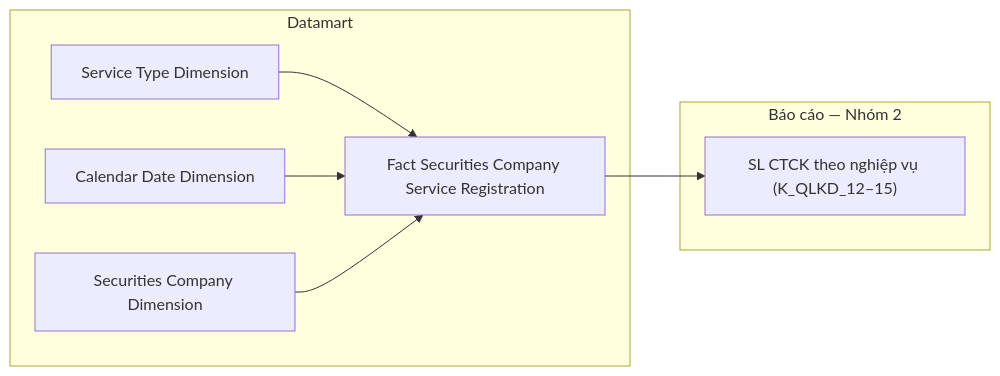
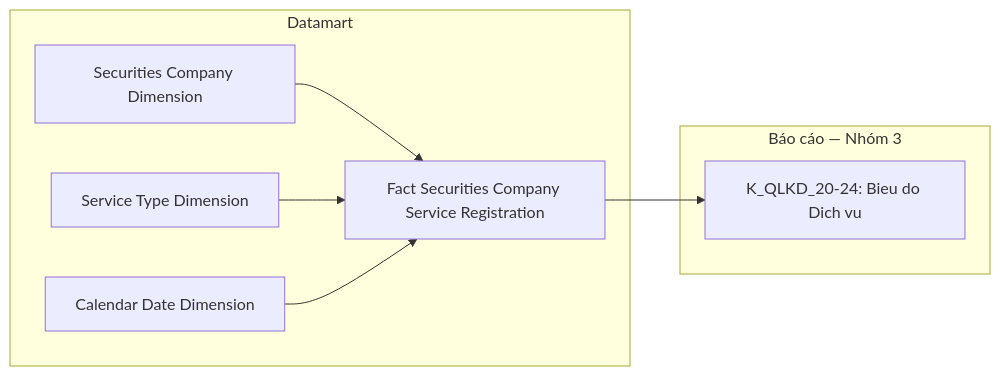
Before and after one commit to linhlvit/ubck_atomic_design: diagram 22 of 30 in Datamart/hld/DTM_QLKD_HLD.md, drawn with Mermaid. The commit also changed other lines of this file and 35 other files, not shown here.

````diff
--- a/Datamart/hld/DTM_QLKD_HLD.md
+++ b/Datamart/hld/DTM_QLKD_HLD.md
@@ -875,18 +959,16 @@
 ```mermaid
 flowchart LR
-    subgraph Datamart["Datamart"]
-        G1["Fact Securities Company Service Registration"]
-        G2["Service Type Dimension"]
-        G3["Calendar Date Dimension"]
-        G4["Securities Company Dimension"]
+    subgraph MART["Datamart"]
+        F1["Fact Securities Company Service Registration"]
+        D1["Securities Company Dimension"]
+        D2["Service Type Dimension"]
+        D3["Calendar Date Dimension"]
+        D1 --> F1
+        D2 --> F1
+        D3 --> F1
     end
-
-    subgraph RPT["Báo cáo — Nhóm 2"]
-        R1["SL CTCK theo nghiệp vụ (K_QLKD_12–15)"]
+    subgraph RPT["Báo cáo — Nhóm 3"]
+        R1["K_QLKD_20-24: Bieu do Dich vu"]
     end
-
-    G2 --> G1
-    G3 --> G1
-    G4 --> G1
-    G1 --> R1
+    F1 --> R1
 ```
````
